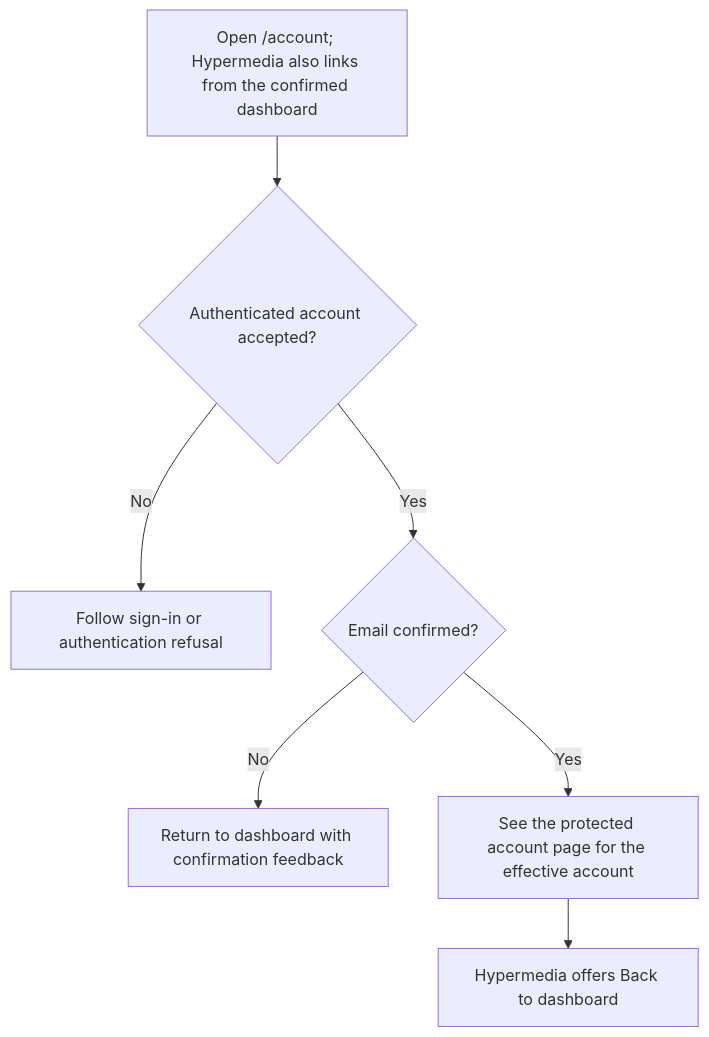
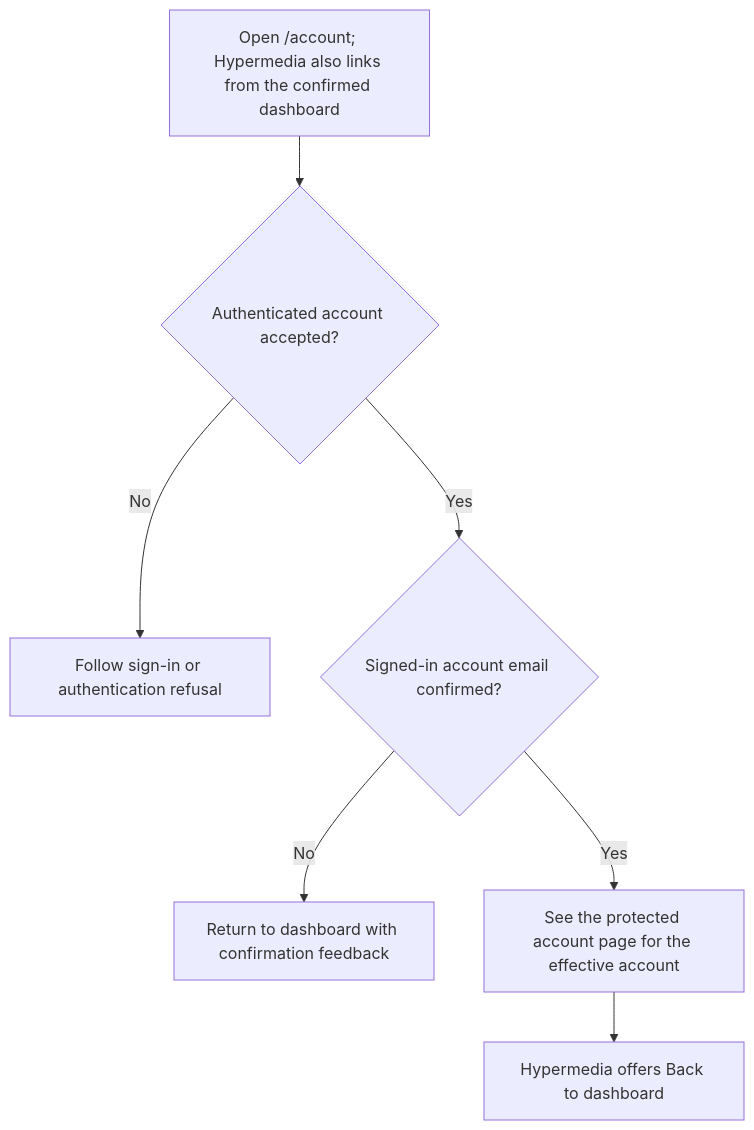
The first of 2 diagrams in user-stories/accounts/us-account-14-open-protected-account.md (Kevinjohn/oss-adonisjs-starter-examples), drawn with Mermaid before and after one commit. The commit also changed other lines of this file and 29 other files, not shown here.

````diff
--- a/user-stories/accounts/us-account-14-open-protected-account.md
+++ b/user-stories/accounts/us-account-14-open-protected-account.md
@@ -21,9 +21,9 @@
 ```mermaid
 flowchart TD
     A["Open /account; Hypermedia also links from the confirmed dashboard"] --> B{"Authenticated account accepted?"}
     B -->|No| C["Follow sign-in or authentication refusal"]
-    B -->|Yes| D{"Email confirmed?"}
+    B -->|Yes| D{"Signed-in account email confirmed?"}
     D -->|No| E["Return to dashboard with confirmation feedback"]
     D -->|Yes| F["See the protected account page for the effective account"]
     F --> G["Hypermedia offers Back to dashboard"]
 ```
````
